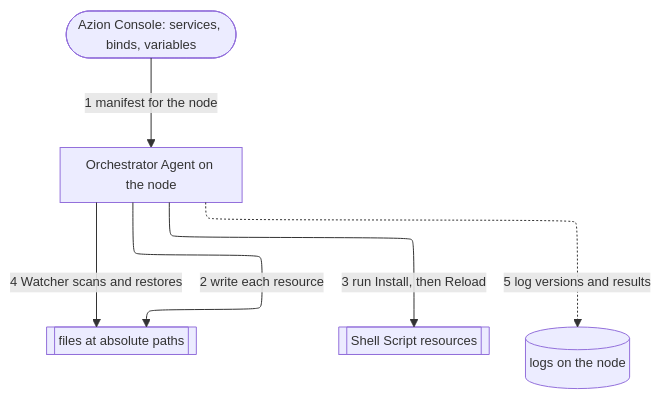
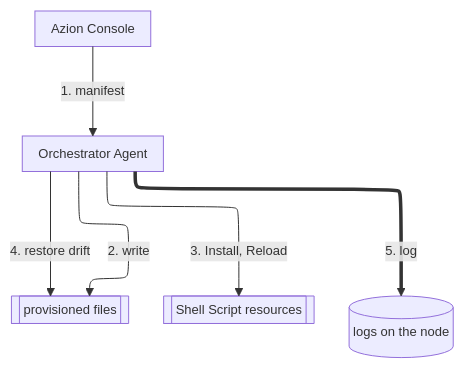
The diagram in apps/docs/src/content/docs/en/pages/deploy-journey/advanced-config/explore-usage/explore-usage.mdx (aziontech/docs), drawn with Mermaid before and after one commit. The commit also changed other lines of this file and 7 other files, not shown here.

First line of the commit message:
docs(orchestrator): fix sourcing, diagram, and click paths in the consolidated pages

````diff
--- a/apps/docs/src/content/docs/en/pages/deploy-journey/advanced-config/explore-usage/explore-usage.mdx
+++ b/apps/docs/src/content/docs/en/pages/deploy-journey/advanced-config/explore-usage/explore-usage.mdx
@@ -67,9 +68,14 @@
 ```mermaid
 %%{init: {"layout": "elk", "themeVariables": {"fontSize": "13px"}, "flowchart": {"nodeSpacing": 24, "rankSpacing": 36, "padding": 8, "wrappingWidth": 150, "useMaxWidth": true}, "sequence": {"width": 120, "actorMargin": 30, "useMaxWidth": true}}}%%
 flowchart TD
-  Console(["Azion Console: services, binds, variables"]) -->|"1 manifest for the node"| Agent["Orchestrator Agent on the node"]
-  Agent -->|"2 write each resource"| Files[["files at absolute paths"]]
-  Agent -->|"3 run Install, then Reload"| Scripts[["Shell Script resources"]]
-  Agent -->|"4 Watcher scans and restores"| Files
-  Agent -.->|"5 log versions and results"| Logs[("logs on the node")]
+  Console["Azion Console"]
+  Agent["Orchestrator Agent"]
+  Files[["provisioned files"]]
+  Scripts[["Shell Script resources"]]
+  Logs[("logs on the node")]
+  Console -->|"1. manifest"| Agent
+  Agent -->|"2. write"| Files
+  Agent -->|"3. Install, Reload"| Scripts
+  Agent -->|"4. restore drift"| Files
+  Agent ==>|"5. log"| Logs
 ```
````
